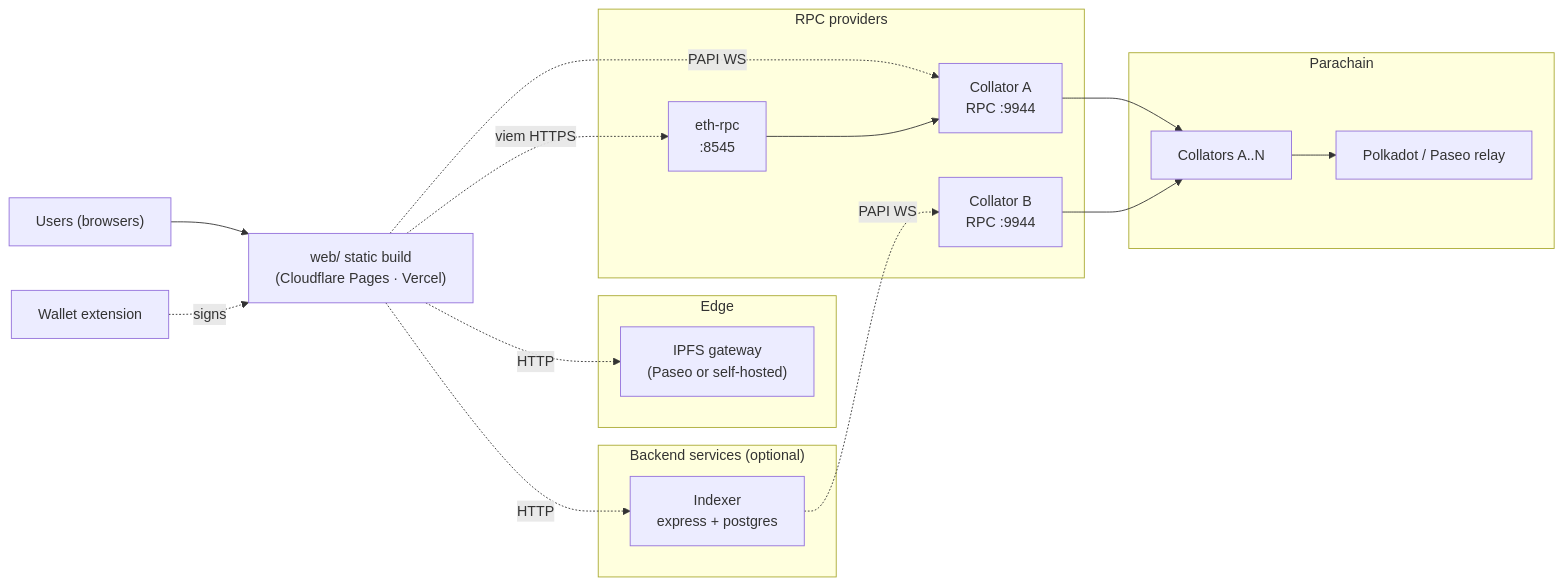
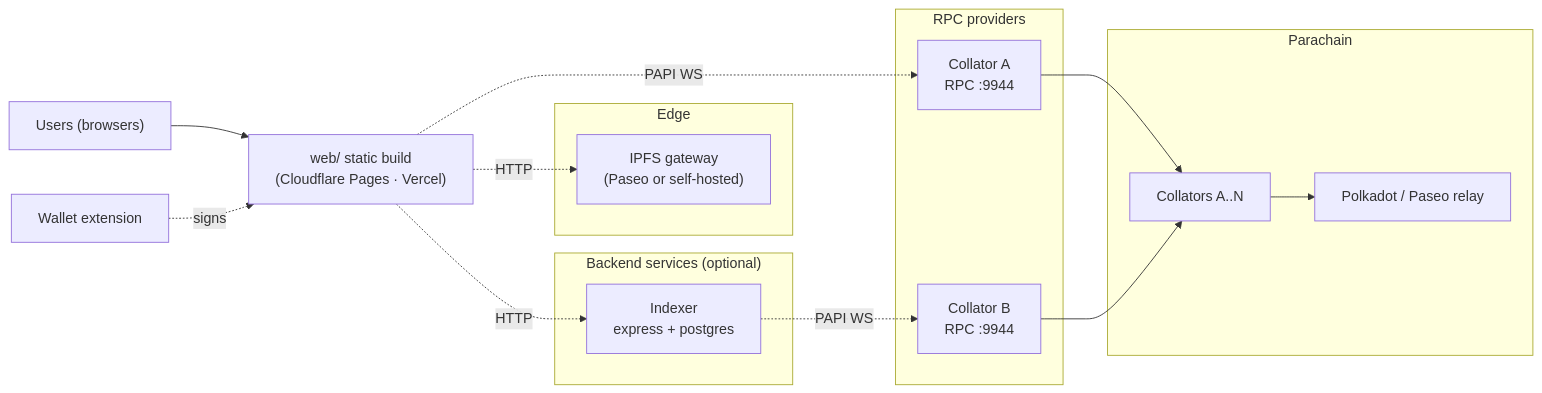
The fifth of 5 diagrams in docs/ARCHITECTURE_OVERVIEW.md (germankuber/socialfi-protocol), drawn with Mermaid before and after one commit. The commit also changed other lines of this file and 71 other files, not shown here.

````diff
--- a/docs/ARCHITECTURE_OVERVIEW.md
+++ b/docs/ARCHITECTURE_OVERVIEW.md
@@ -398,37 +351,34 @@
 ```mermaid
 graph LR
     Users["Users (browsers)"]
     Wallet["Wallet extension"]
     WebCDN["web/ static build<br/>(Cloudflare Pages · Vercel)"]
 
     subgraph Edge["Edge"]
         IPFSGW["IPFS gateway<br/>(Paseo or self-hosted)"]
     end
 
     subgraph RPCLayer["RPC providers"]
         RPC1["Collator A<br/>RPC :9944"]
         RPC2["Collator B<br/>RPC :9944"]
-        EthProxy["eth-rpc<br/>:8545"]
     end
 
     subgraph Backend["Backend services (optional)"]
         IndexerProd["Indexer<br/>express + postgres"]
     end
 
     subgraph Chain["Parachain"]
         Para["Collators A..N"]
         Relay["Polkadot / Paseo relay"]
     end
 
     Users --> WebCDN
     WebCDN -.PAPI WS.-> RPC1
-    WebCDN -.viem HTTPS.-> EthProxy
     WebCDN -.HTTP.-> IPFSGW
     WebCDN -.HTTP.-> IndexerProd
     Wallet -.signs.-> WebCDN
     IndexerProd -.PAPI WS.-> RPC2
-    EthProxy --> RPC1
     RPC1 --> Para
     RPC2 --> Para
     Para --> Relay
 ```
````
